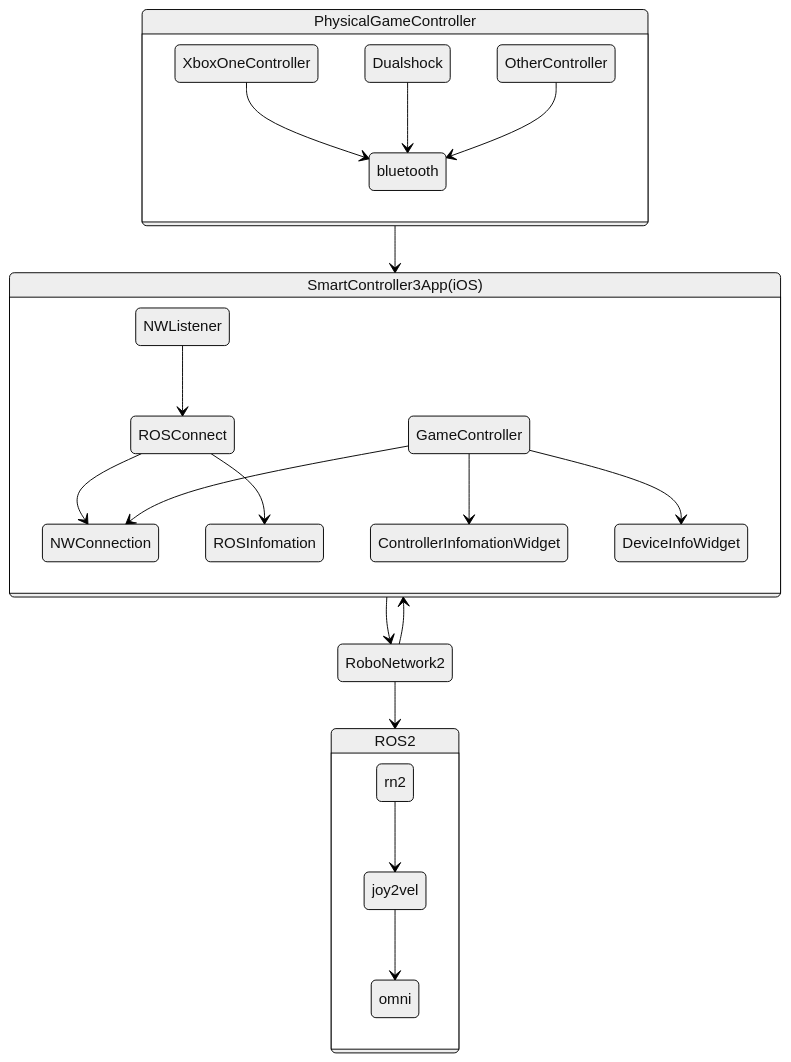
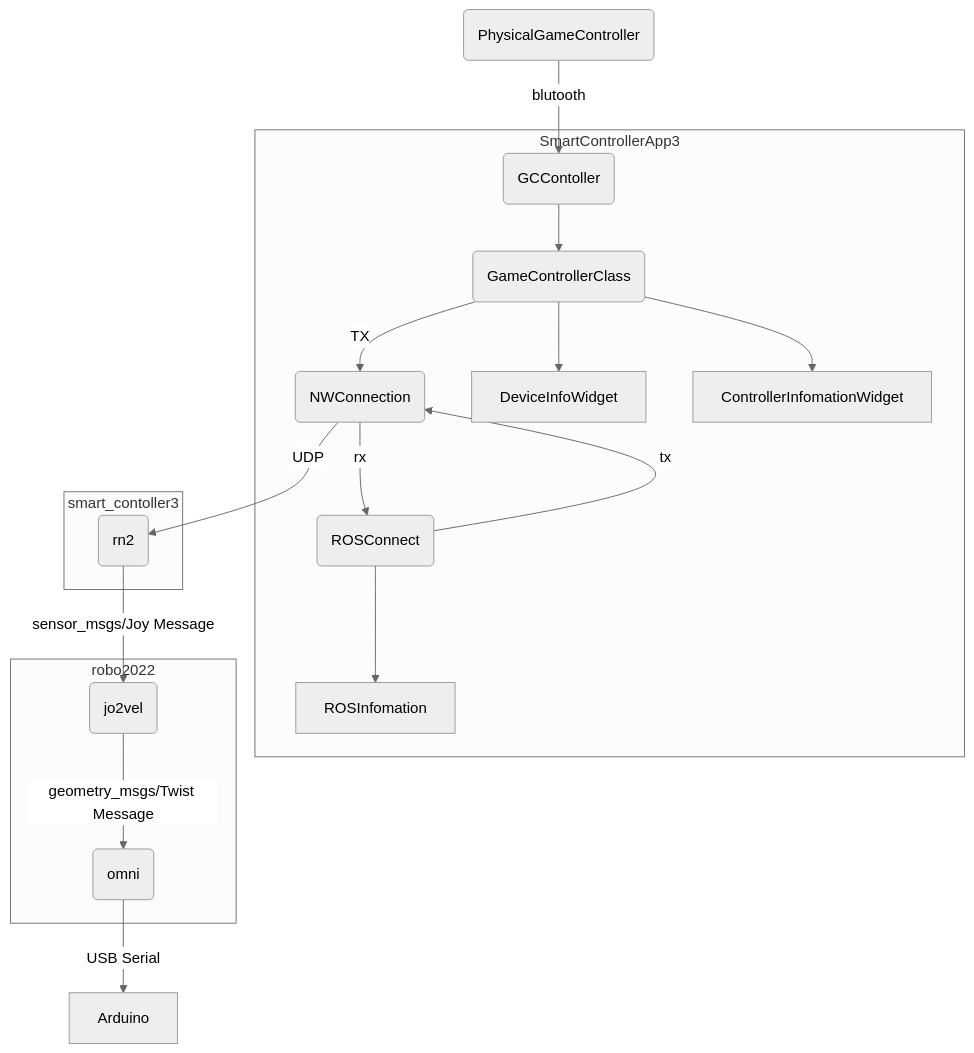
The first of 2 diagrams in README.md (TakanoTaiga/Robo2022), drawn with Mermaid (neutral theme) before and after one commit.

````diff
--- a/README.md
+++ b/README.md
@@ -32,30 +31,26 @@
 ```mermaid
-stateDiagram-v2
-  PhysicalGameController --> SmartController3App(iOS)
-  SmartController3App(iOS) --> RoboNetwork2
-  RoboNetwork2 --> SmartController3App(iOS)
-  RoboNetwork2 --> ROS2
-  
-  state PhysicalGameController{
-  XboxOneController --> bluetooth
-  Dualshock --> bluetooth
-  OtherController --> bluetooth
-  }
+flowchart TD
 
-  state SmartController3App(iOS){
-  NWListener --> ROSConnect
-  ROSConnect --> NWConnection
-  ROSConnect --> ROSInfomation
-  GameController --> NWConnection
-  GameController --> ControllerInfomationWidget
-  GameController --> DeviceInfoWidget
-  
-  }
-  state ROS2{
-  rn2 --> joy2vel
-  joy2vel --> omni
-  }
- 
-  
+id1(PhysicalGameController) -- blutooth --> id2(GCContoller)
+subgraph SmartControllerApp3
+id2 --> id3(GameControllerClass)
+id3 -- TX --> id4(NWConnection)
+id3 --> DeviceInfoWidget
+id3 --> ControllerInfomationWidget
+id5(ROSConnect) -- tx --> id4
+id4 -- rx --> id5
+id5 --> ROSInfomation
+end
+
+subgraph smart_contoller3
+id4 -- UDP --> id6(rn2)
+end
+
+subgraph robo2022
+id6 -- sensor_msgs/Joy Message --> id7(jo2vel)
+id7 -- geometry_msgs/Twist Message --> id8(omni)
+end
+
+id8 -- USB Serial --> Arduino
 
 ```
````
